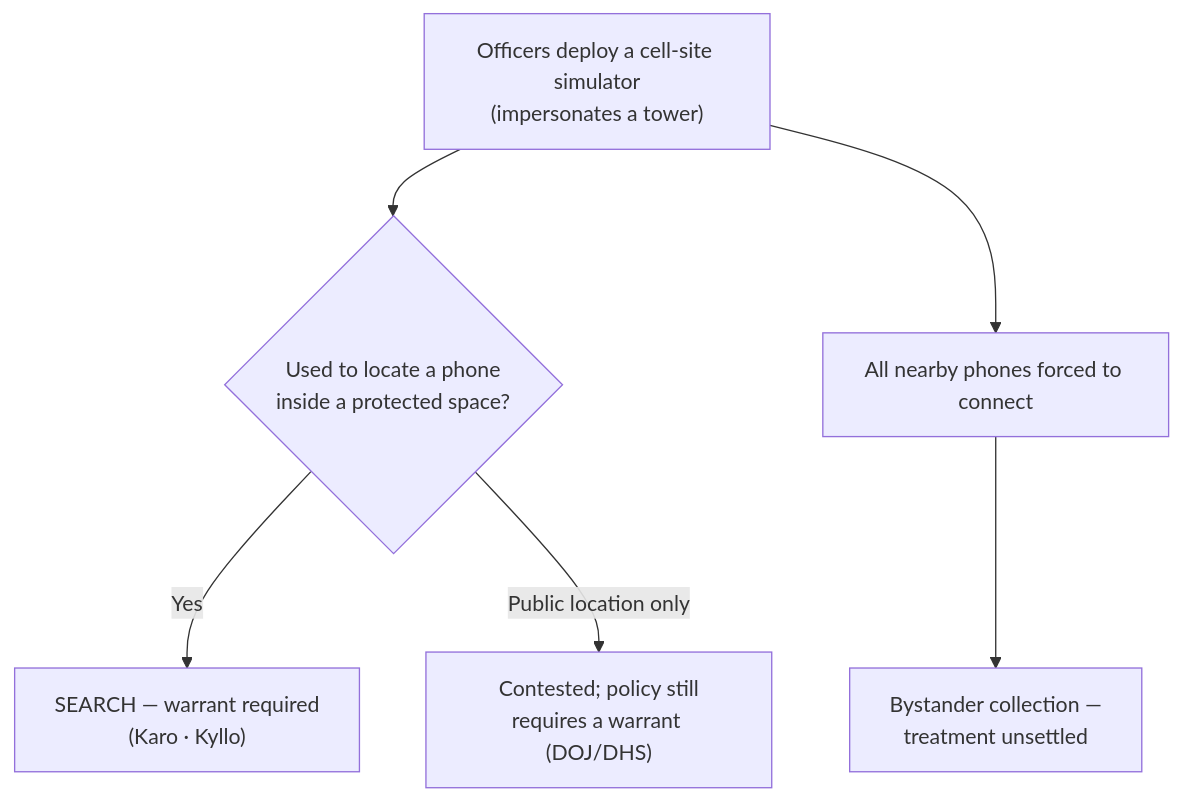
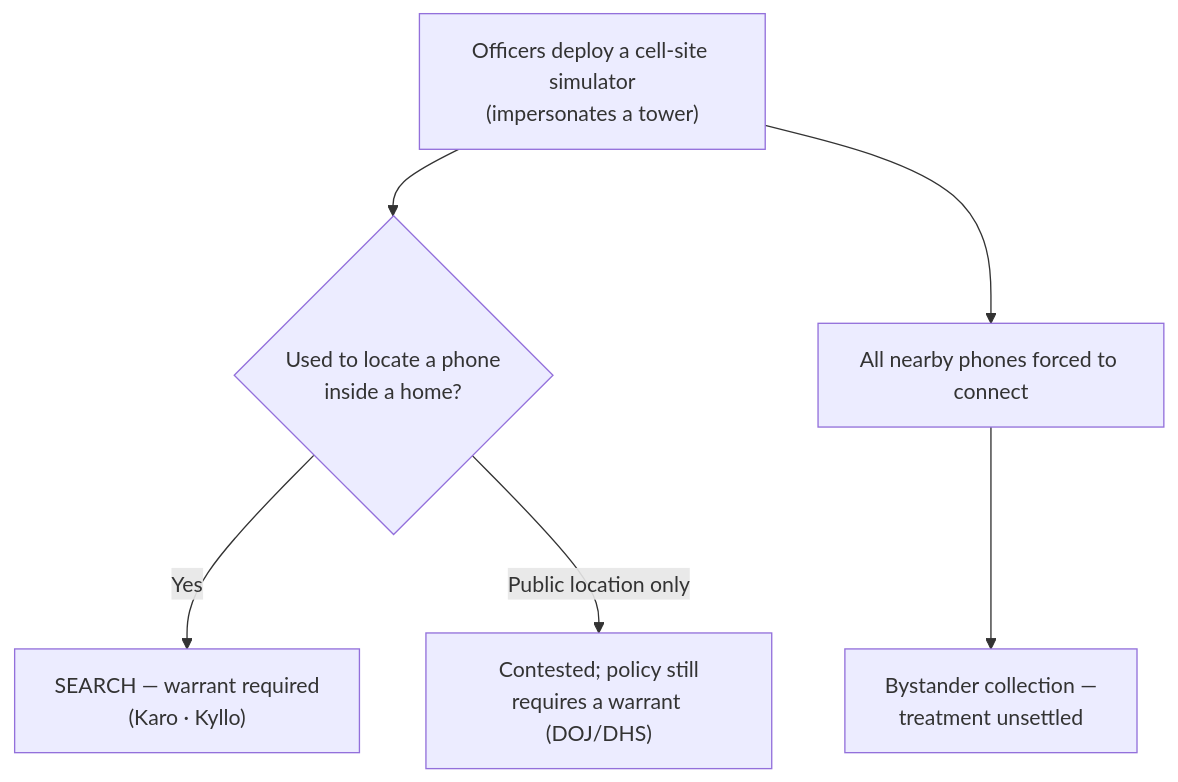
Before and after one commit to Enragedsaturday/enragedsaturday.github.io: the diagram in content/searches/the-third-party-doctrine-and-digital-surveillance/Cell-Site Simulators.md, drawn with Mermaid. The commit also changed other lines of this file and 111 other files, not shown here.

````diff
--- a/content/searches/the-third-party-doctrine-and-digital-surveillance/Cell-Site Simulators.md
+++ b/content/searches/the-third-party-doctrine-and-digital-surveillance/Cell-Site Simulators.md
@@ -69,8 +69,8 @@
 ```mermaid
 flowchart TD
-    A["Officers deploy a cell-site simulator<br/>(impersonates a tower)"] --> B{"Used to locate a phone<br/>inside a protected space?"}
+    A["Officers deploy a cell-site simulator<br/>(impersonates a tower)"] --> B{"Used to locate a phone<br/>inside a home?"}
     B -->|"Yes"| C["SEARCH — warrant required<br/>(Karo · Kyllo)"]
     B -->|"Public location only"| D["Contested; policy still<br/>requires a warrant (DOJ/DHS)"]
     A --> E["All nearby phones forced to connect"]
     E --> F["Bystander collection —<br/>treatment unsettled"]
 ```
````
